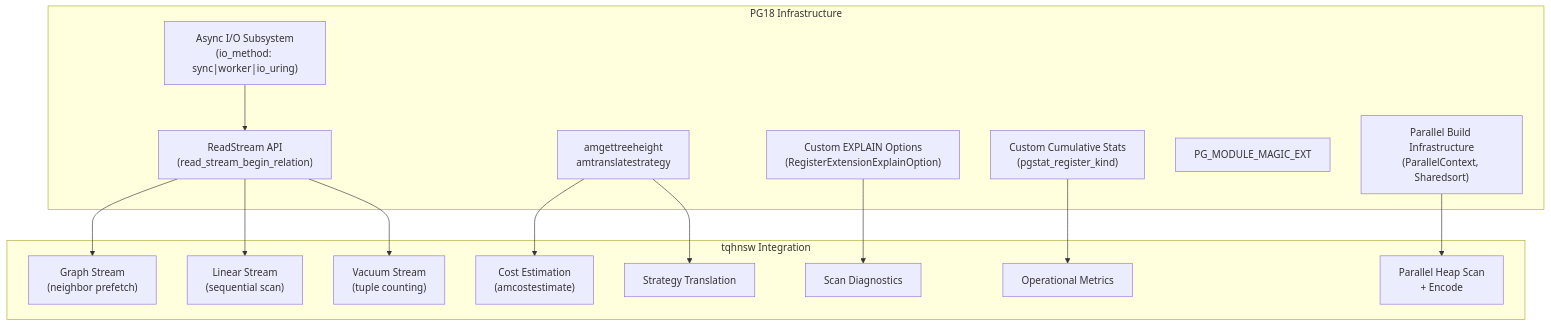
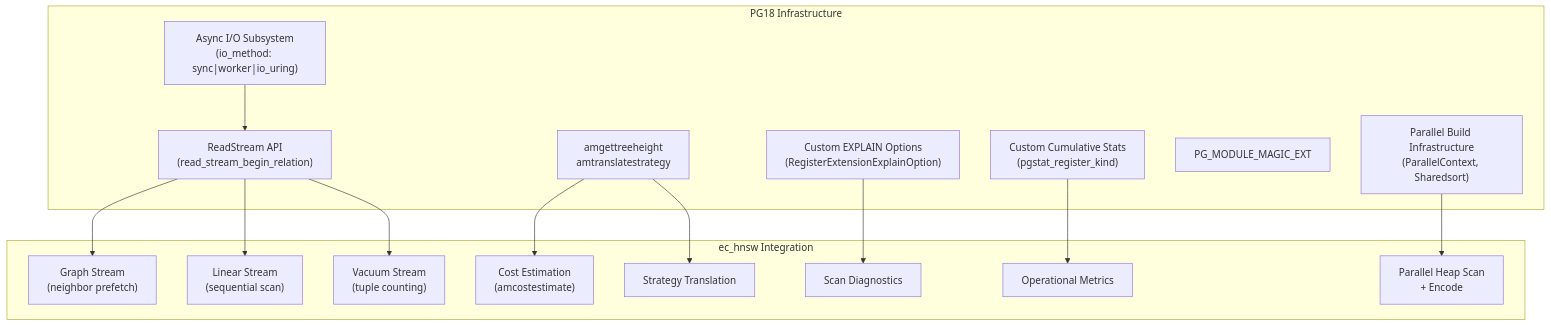
The diagram in spec/spec.md (agent-ix/ecaz), drawn with Mermaid before and after one commit. The commit also changed other lines of this file and 107 other files, not shown here.

````diff
--- a/spec/spec.md
+++ b/spec/spec.md
@@ -134,33 +134,33 @@
 ```mermaid
 graph TD
     subgraph "PG18 Infrastructure"
         AIO["Async I/O Subsystem<br/>(io_method: sync|worker|io_uring)"]
         RS["ReadStream API<br/>(read_stream_begin_relation)"]
         AMH["amgettreeheight<br/>amtranslatestrategy"]
         EXPLAIN["Custom EXPLAIN Options<br/>(RegisterExtensionExplainOption)"]
         PGSTAT["Custom Cumulative Stats<br/>(pgstat_register_kind)"]
         MAGIC["PG_MODULE_MAGIC_EXT"]
         GINPAR["Parallel Build Infrastructure<br/>(ParallelContext, Sharedsort)"]
     end
 
-    subgraph "tqhnsw Integration"
+    subgraph "ec_hnsw Integration"
         GS["Graph Stream<br/>(neighbor prefetch)"]
         LS["Linear Stream<br/>(sequential scan)"]
         VS["Vacuum Stream<br/>(tuple counting)"]
         COST["Cost Estimation<br/>(amcostestimate)"]
         STRAT["Strategy Translation"]
         DIAG["Scan Diagnostics"]
         STATS["Operational Metrics"]
         PBUILD["Parallel Heap Scan<br/>+ Encode"]
     end
 
     RS --> GS
     RS --> LS
     RS --> VS
     AIO --> RS
     AMH --> COST
     AMH --> STRAT
     EXPLAIN --> DIAG
     PGSTAT --> STATS
     GINPAR --> PBUILD
 ```
````
